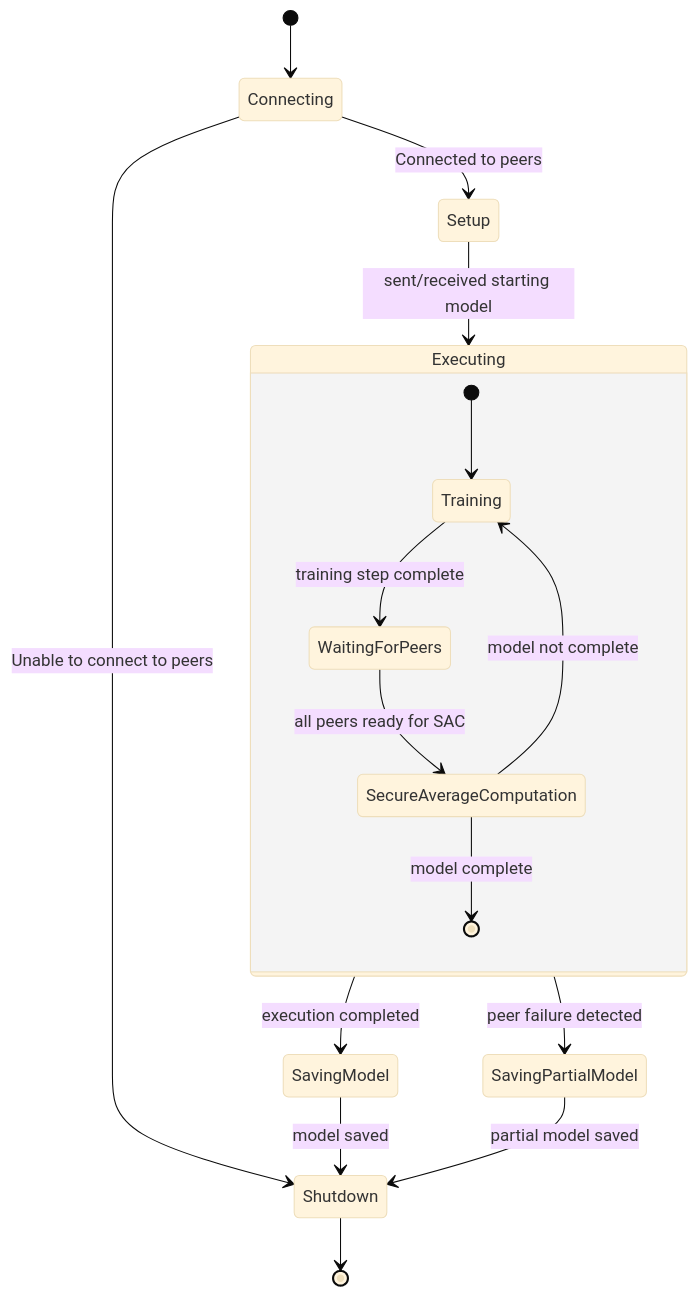
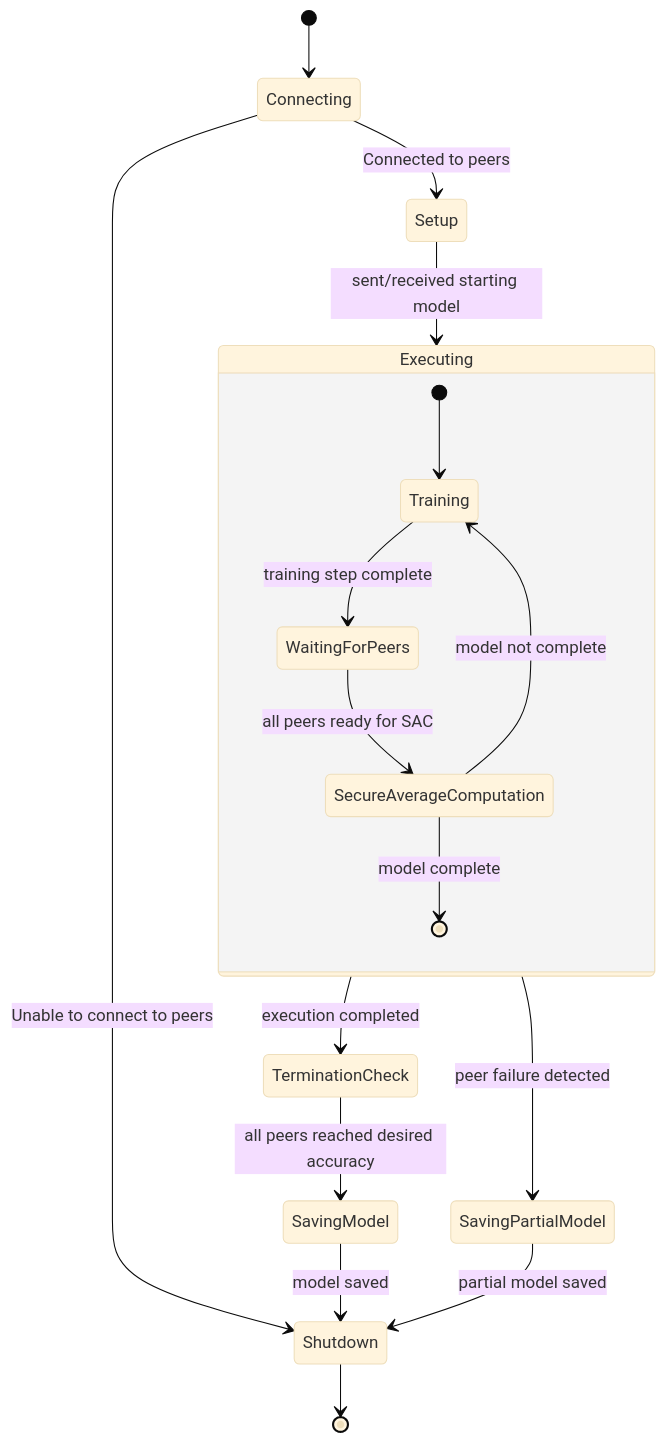
Before and after one commit to Oldranda1414/Privacy-P2P-Federated-Learning: the diagram in doc/assets/src/state.mmd, drawn with Mermaid. The commit also changed 11 other files, not shown here.

Commit message:
remove massive example runs, minor refactorings, working on doc diagrams

```diff
--- a/doc/assets/src/state.mmd
+++ b/doc/assets/src/state.mmd
@@ -1,22 +1,23 @@
 ---
 config:
   theme: base
   look: classic
 ---
 stateDiagram-v2
     [*] --> Connecting
     Connecting --> Setup : Connected to peers
     Connecting --> Shutdown : Unable to connect to peers
     Setup --> Executing : sent/received starting model
     state Executing {
         [*] --> Training
         Training --> WaitingForPeers : training step complete
         WaitingForPeers --> SecureAverageComputation : all peers ready for SAC
         SecureAverageComputation --> Training : model not complete
         SecureAverageComputation --> [*] : model complete
     }
     Executing --> SavingPartialModel : peer failure detected
-    Executing --> SavingModel : execution completed
+    Executing --> TerminationCheck : execution completed
+    TerminationCheck --> SavingModel : all peers reached desired accuracy
     SavingModel --> Shutdown : model saved
     SavingPartialModel --> Shutdown : partial model saved
     Shutdown --> [*]
```
